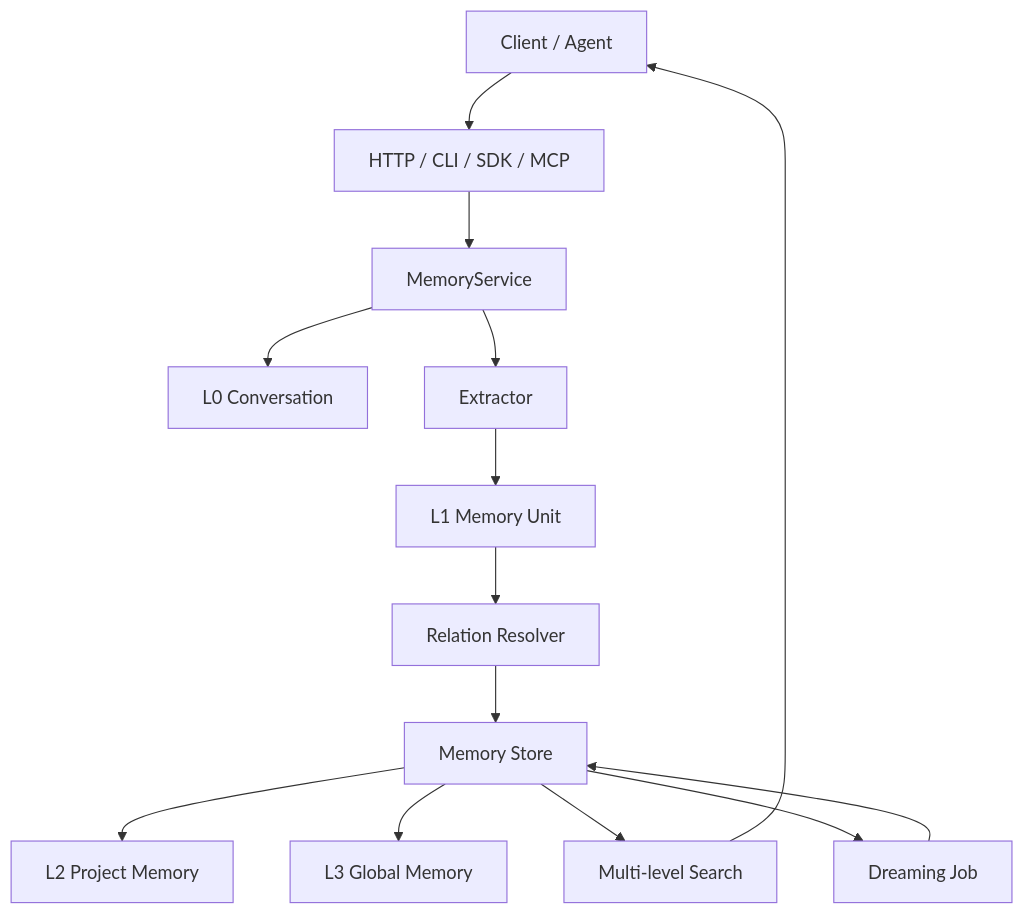
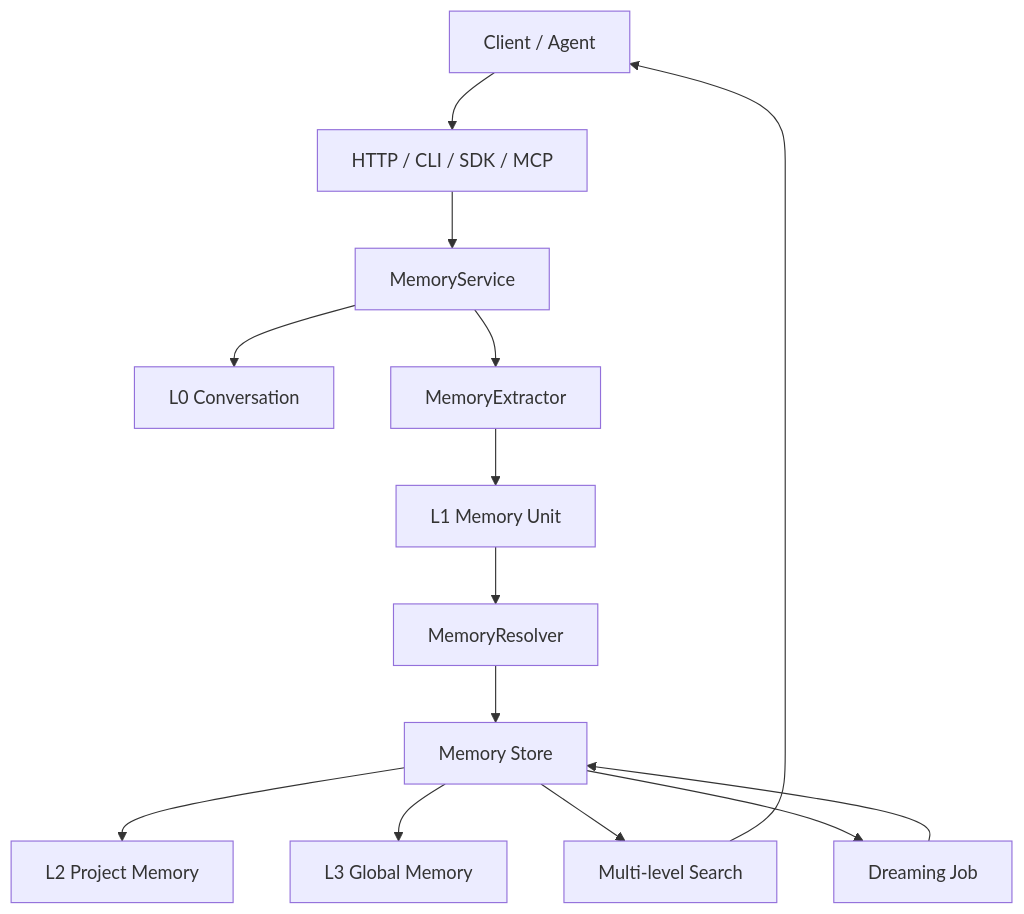
Before and after one commit to hdonLiu/oh-my-memory: the diagram in README.md, drawn with Mermaid. The commit also changed other lines of this file and 11 other files, not shown here.

Commit message:
feat: implement roadmap abstractions

````diff
--- a/README.md
+++ b/README.md
@@ -24,16 +25,16 @@
 ```mermaid
 flowchart TD
   Client["Client / Agent"] --> Transport["HTTP / CLI / SDK / MCP"]
   Transport --> Service["MemoryService"]
   Service --> L0["L0 Conversation"]
-  Service --> Extractor["Extractor"]
+  Service --> Extractor["MemoryExtractor"]
   Extractor --> L1["L1 Memory Unit"]
-  L1 --> Resolver["Relation Resolver"]
+  L1 --> Resolver["MemoryResolver"]
   Resolver --> Store["Memory Store"]
   Store --> L2["L2 Project Memory"]
   Store --> L3["L3 Global Memory"]
   Store --> Search["Multi-level Search"]
   Search --> Client
   Dreaming["Dreaming Job"] --> Store
   Store --> Dreaming
 ```
````
